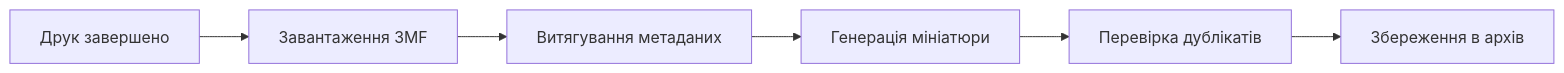
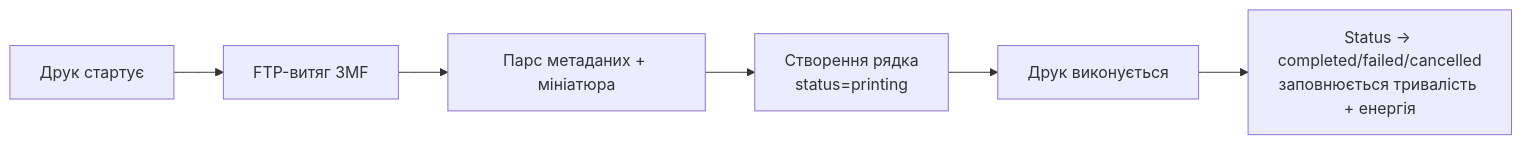
Before and after one commit to kainpl/bamdude: the diagram in docs/features/archiving.uk.md, drawn with Mermaid. The commit also changed other lines of this file and 84 other files, not shown here.

````diff
--- a/docs/features/archiving.uk.md
+++ b/docs/features/archiving.uk.md
@@ -16,8 +16,8 @@
 ```mermaid
 graph LR
-    A[Друк завершено] --> B[Завантаження 3MF]
-    B --> C[Витягування метаданих]
-    C --> D[Генерація мініатюри]
-    D --> E[Перевірка дублікатів]
-    E --> F[Збереження в архів]
+    A[Друк стартує] --> B[FTP-витяг 3MF]
+    B --> C[Парс метаданих + мініатюра]
+    C --> D[Створення рядка<br/>status=printing]
+    D --> E[Друк виконується]
+    E --> F[Status -> completed/failed/cancelled<br/>заповнюється тривалість + енергія]
 ```
````
